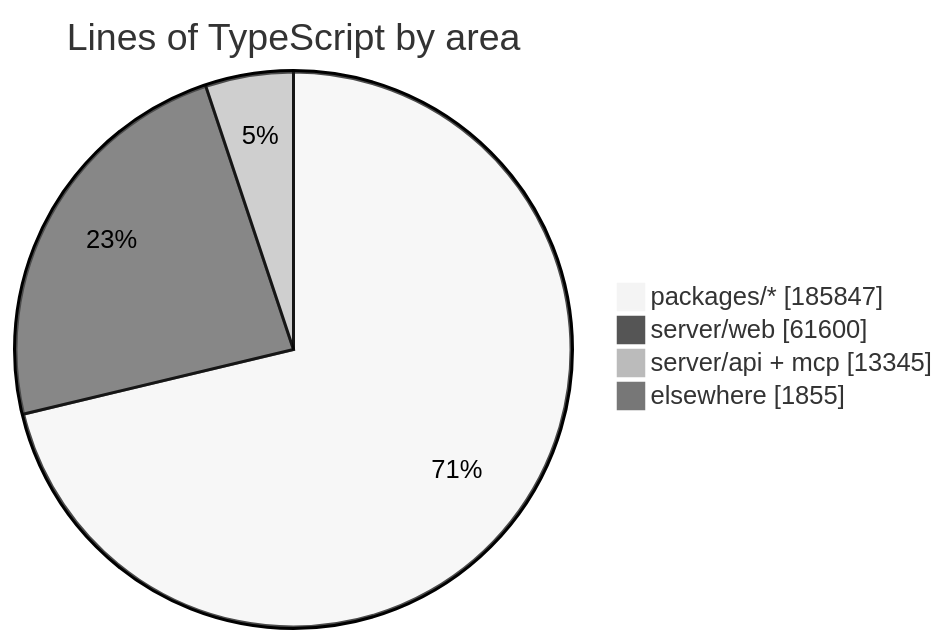
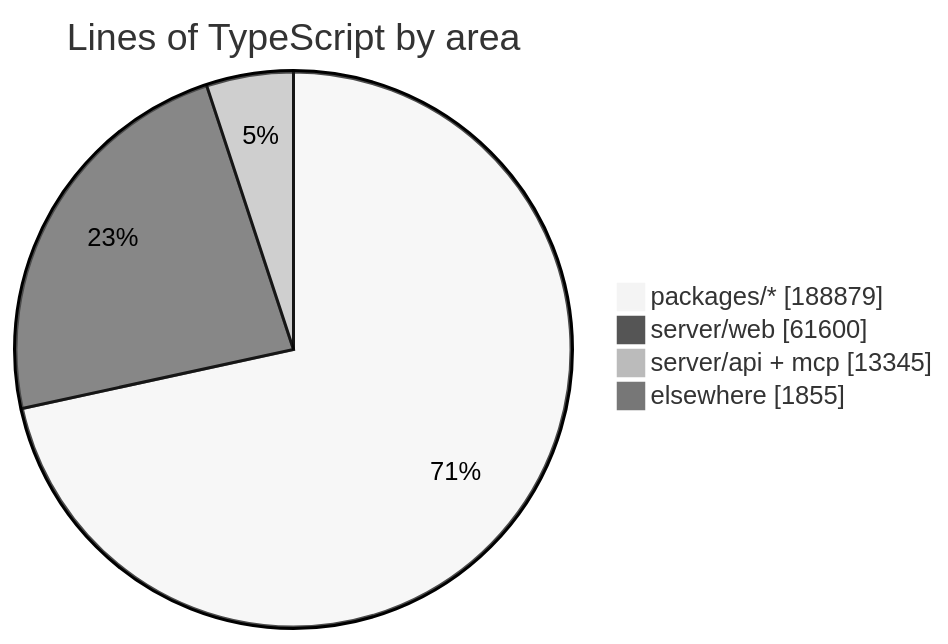
Before and after one commit to crossworks-engineering/mantle: the diagram in README.md, drawn with Mermaid (neutral theme). The commit also changed other lines of this file and 2 other files, not shown here.

````diff
--- a/README.md
+++ b/README.md
@@ -279,7 +279,7 @@
 ```mermaid
 pie showData title Lines of TypeScript by area
-    "packages/*" : 185847
+    "packages/*" : 188879
     "server/web" : 61600
     "server/api + mcp" : 13345
     "elsewhere" : 1855
 ```
````
